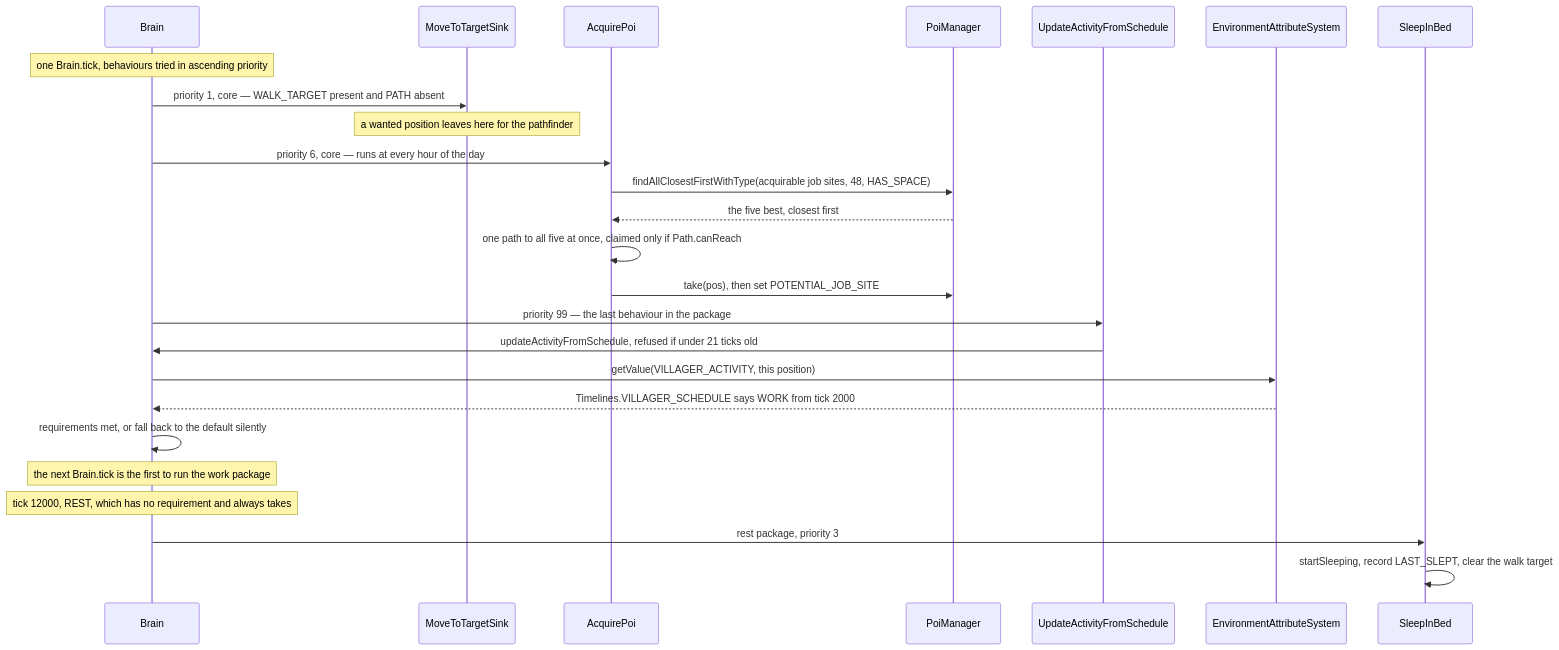
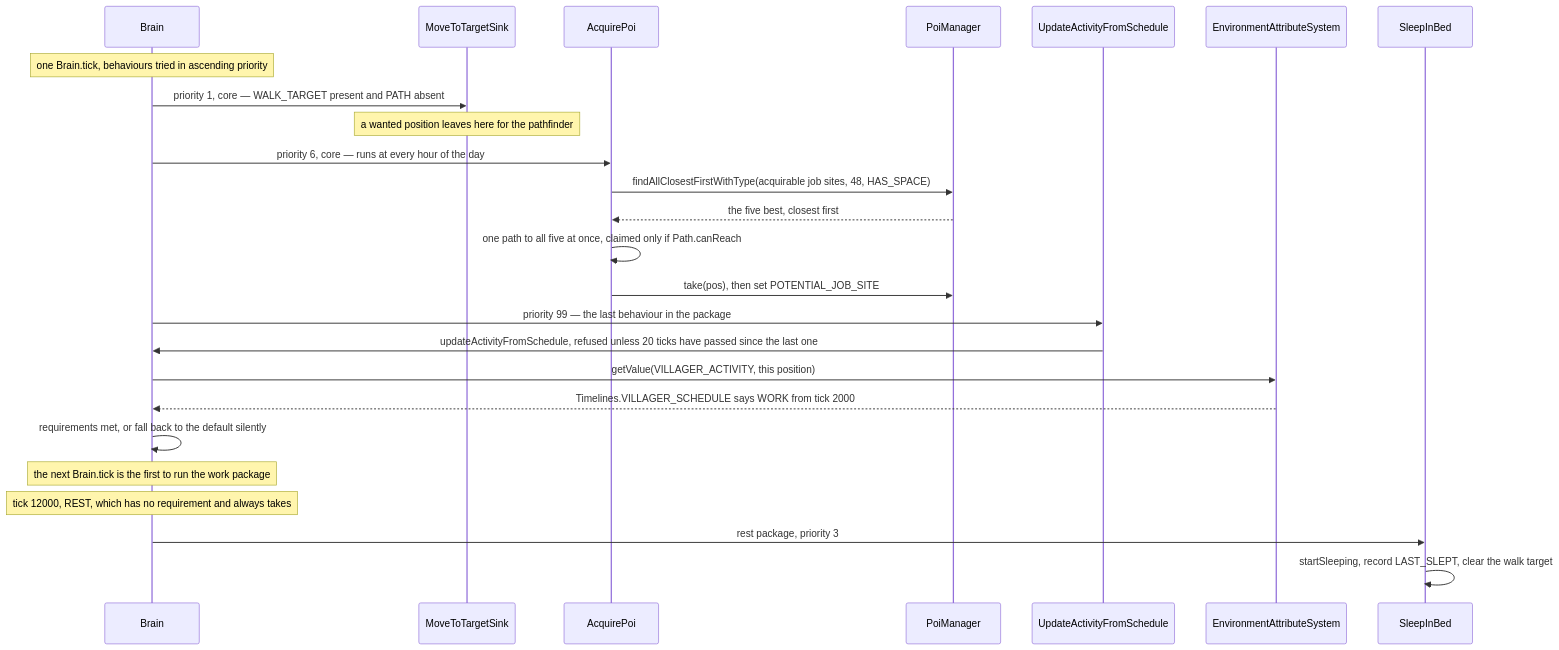
The second of 2 diagrams in src/systems/entities/ai-goals-and-brains.md (AlexanderjFraser/MinecraftDocs), drawn with Mermaid before and after one commit. The commit also changed other lines of this file and 18 other files, not shown here.

````diff
--- a/src/systems/entities/ai-goals-and-brains.md
+++ b/src/systems/entities/ai-goals-and-brains.md
@@ -329,28 +334,28 @@
 ```mermaid
 sequenceDiagram
     participant Brain as Brain
     participant MTS as MoveToTargetSink
     participant AP as AcquirePoi
     participant PM as PoiManager
     participant UAFS as UpdateActivityFromSchedule
     participant EAS as EnvironmentAttributeSystem
     participant SIB as SleepInBed
 
     Note over Brain: one Brain.tick, behaviours tried in ascending priority
     Brain->>MTS: priority 1, core — WALK_TARGET present and PATH absent
     Note over MTS: a wanted position leaves here for the pathfinder
     Brain->>AP: priority 6, core — runs at every hour of the day
     AP->>PM: findAllClosestFirstWithType(acquirable job sites, 48, HAS_SPACE)
     PM-->>AP: the five best, closest first
     AP->>AP: one path to all five at once, claimed only if Path.canReach
     AP->>PM: take(pos), then set POTENTIAL_JOB_SITE
     Brain->>UAFS: priority 99 — the last behaviour in the package
-    UAFS->>Brain: updateActivityFromSchedule, refused if under 21 ticks old
+    UAFS->>Brain: updateActivityFromSchedule, refused unless 20 ticks have passed since the last one
     Brain->>EAS: getValue(VILLAGER_ACTIVITY, this position)
     EAS-->>Brain: Timelines.VILLAGER_SCHEDULE says WORK from tick 2000
     Brain->>Brain: requirements met, or fall back to the default silently
     Note over Brain: the next Brain.tick is the first to run the work package
     Note over Brain: tick 12000, REST, which has no requirement and always takes
     Brain->>SIB: rest package, priority 3
     SIB->>SIB: startSleeping, record LAST_SLEPT, clear the walk target
 ```
````
